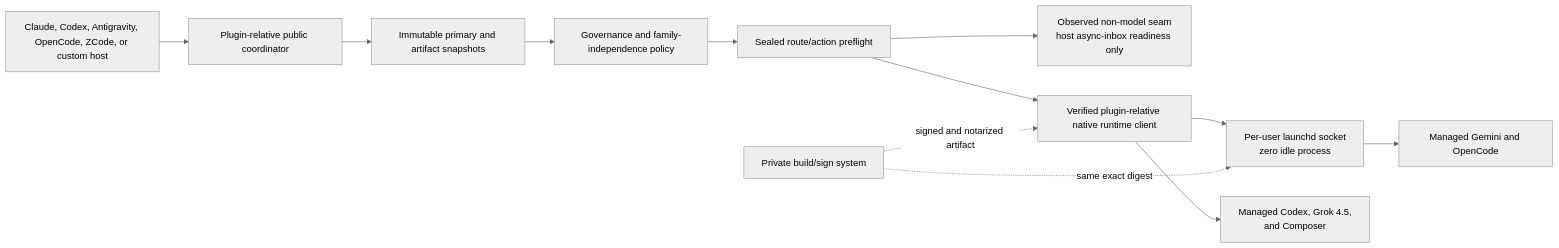
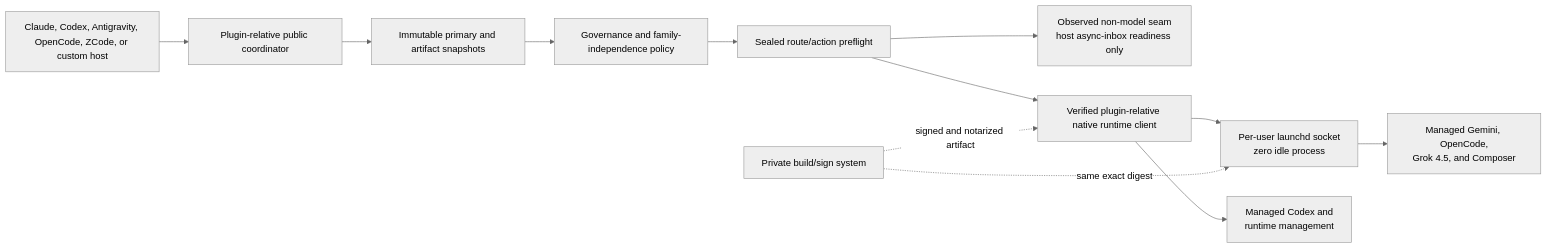
Before and after one commit to sumitake/agent-collab: the diagram in README.md, drawn with Mermaid (neutral theme). The commit also changed other lines of this file and 4 other files, not shown here.

Commit message:
runtime: route Grok and Composer through broker

````diff
--- a/README.md
+++ b/README.md
@@ -102,14 +106,14 @@
 ```mermaid
 flowchart LR
     H["Claude, Codex, Antigravity, OpenCode, ZCode, or custom host"] --> C0["Plugin-relative public coordinator"]
     C0 --> P["Immutable primary and artifact snapshots"]
     P --> G["Governance and family-independence policy"]
     G --> S["Sealed route/action preflight"]
     S --> N["Observed non-model seam<br/>host async-inbox readiness only"]
     S --> C["Verified plugin-relative native runtime client"]
     C --> B["Per-user launchd socket<br/>zero idle process"]
-    B --> X1["Managed Gemini and OpenCode"]
-    C --> X2["Managed Codex, Grok 4.5,<br/>and Composer"]
+    B --> X1["Managed Gemini, OpenCode,<br/>Grok 4.5, and Composer"]
+    C --> X2["Managed Codex and<br/>runtime management"]
     W["Private build/sign system"] -. "signed and notarized artifact" .-> C
     W -. "same exact digest" .-> B
 ```
````
